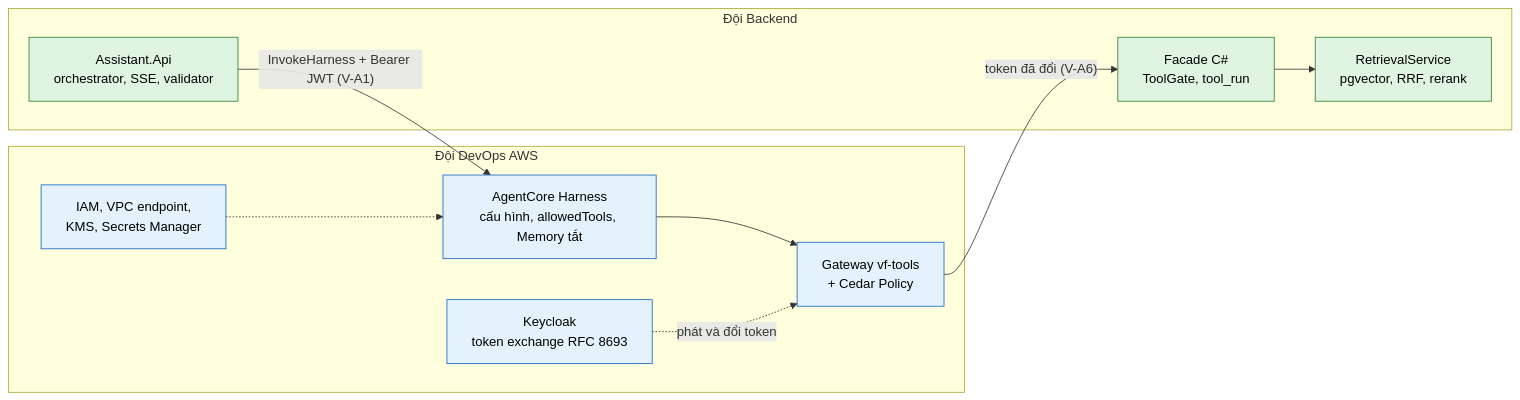
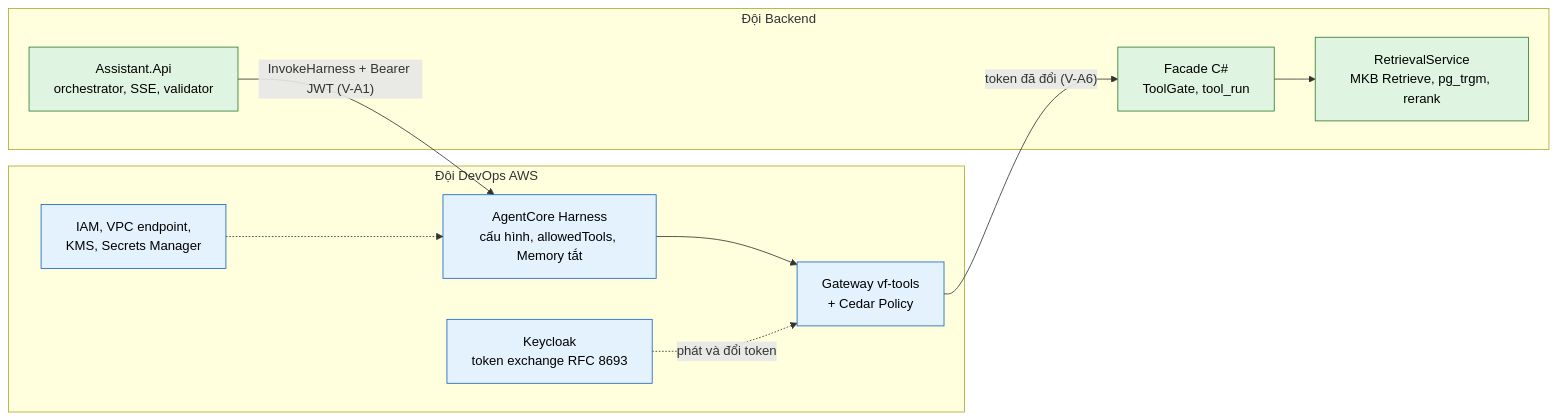
One commit to vdloc/vfstructures-ai-solution changed the first of 4 diagrams in 11-lo-trinh.md. Above: the diagram before and after it, drawn with Mermaid. The commit also changed other lines of this file and 26 other files, not shown here.

Commit message:
Update v1.1 architecture docs and add guidelines, specs, presentation material

````diff
--- a/11-lo-trinh.md
+++ b/11-lo-trinh.md
@@ -25,25 +25,25 @@
 ```mermaid
 flowchart LR
   subgraph DEV["Đội DevOps AWS"]
     KC["Keycloak<br/>token exchange RFC 8693"]
     H["AgentCore Harness<br/>cấu hình, allowedTools, Memory tắt"]
     GW["Gateway vf-tools<br/>+ Cedar Policy"]
     IAM["IAM, VPC endpoint,<br/>KMS, Secrets Manager"]
   end
   subgraph BE["Đội Backend"]
     API["Assistant.Api<br/>orchestrator, SSE, validator"]
     FAC["Facade C#<br/>ToolGate, tool_run"]
-    RET["RetrievalService<br/>pgvector, RRF, rerank"]
+    RET["RetrievalService<br/>MKB Retrieve, pg_trgm, rerank"]
   end
   API -->|"InvokeHarness + Bearer JWT (V-A1)"| H
   H --> GW
   GW -->|"token đã đổi (V-A6)"| FAC
   FAC --> RET
   KC -.->|"phát và đổi token"| GW
   IAM -.-> H
 
   classDef dev fill:#e3f2fd,stroke:#1565c0,color:#000
   classDef be fill:#dff5e1,stroke:#2e7d32,color:#000
   class KC,H,GW,IAM dev
   class API,FAC,RET be
 ```
````
